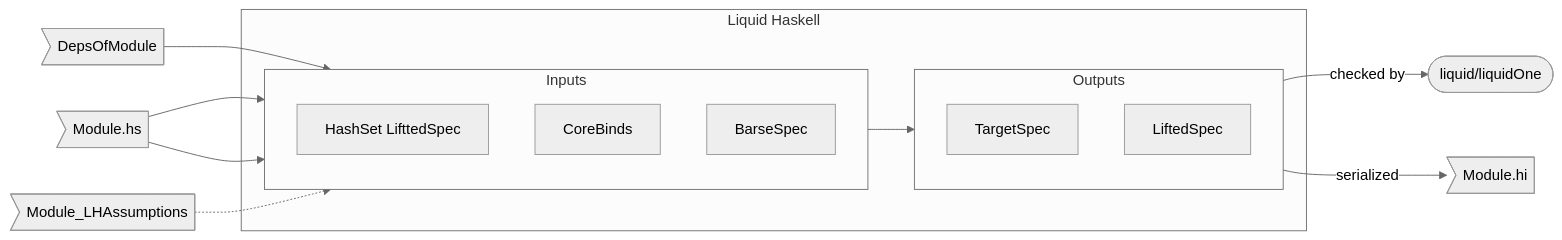
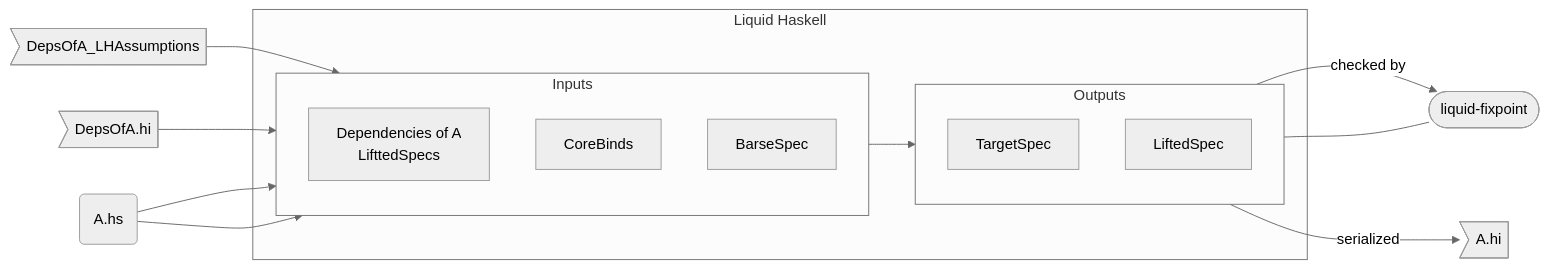
Before and after one commit to ucsd-progsys/liquidhaskell: the diagram in README.md, drawn with Mermaid (neutral theme). The commit also changed other lines of this file, not shown here.

Commit message:
tweak graph and its description

````diff
--- a/README.md
+++ b/README.md
@@ -339,25 +341,31 @@
 ```mermaid
 flowchart LR
   subgraph Liquid Haskell
+
     subgraph Inputs
       direction TB
-      H[HashSet LifttedSpec]
+      H[
+        Dependencies of A
+        LifttedSpecs
+        ]
       C[CoreBinds]
       B[BarseSpec]
     end
 
     subgraph Outputs
       direction TB
       T[TargetSpec]
       L[LiftedSpec]
     end
 
     Inputs --> Outputs
+
   end
 
-  Deps>DepsOfModule] --> H
-  Mod>Module.hs] --> C & B
-  A>Module_LHAssumptions] -.-> B
-  T -->|checked by| Liquid([liquid/liquidOne])
-  L --> |serialized| File>Module.hi]
-```
+  A>DepsOfA_LHAssumptions] --> H 
+  Deps>DepsOfA.hi] --> H
+  Mod(A.hs) --> C & B
+  T -->|checked by| fixpoint([liquid-fixpoint])
+  L --- fixpoint
+  L --> |serialized| File>A.hi]
+  ```
````
